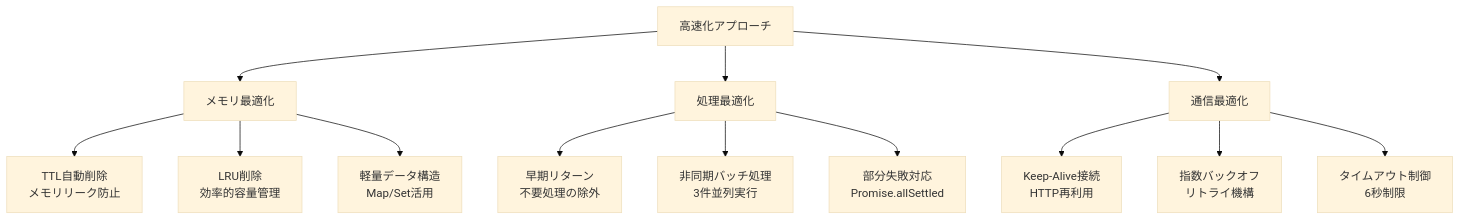
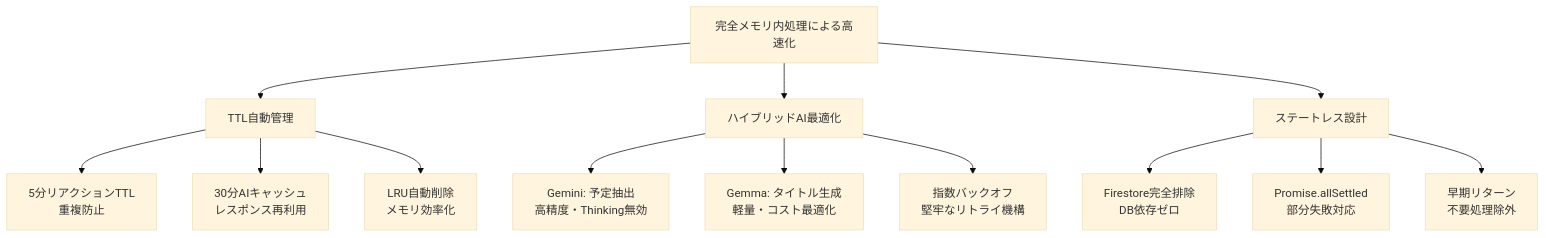
The fourth of 5 diagrams in README.md (matsuvr/calendar-slack-bot), drawn with Mermaid (base theme) before and after one commit. The commit also changed other lines of this file and 4 other files, not shown here.

Commit message:
Remove system architecture documentation for Calendar Slack Bot

````diff
--- a/README.md
+++ b/README.md
@@ -134,18 +146,18 @@
 ```mermaid
 flowchart TD
-    A[高速化アプローチ] --> B[メモリ最適化]
-    A --> C[処理最適化]
-    A --> D[通信最適化]
+    A[完全メモリ内処理による高速化] --> B[TTL自動管理]
+    A --> C[ハイブリッドAI最適化]
+    A --> D[ステートレス設計]
     
-    B --> B1[TTL自動削除<br/>メモリリーク防止]
-    B --> B2[LRU削除<br/>効率的容量管理]
-    B --> B3[軽量データ構造<br/>Map/Set活用]
+    B --> B1[5分リアクションTTL<br/>重複防止]
+    B --> B2[30分AIキャッシュ<br/>レスポンス再利用]
+    B --> B3[LRU自動削除<br/>メモリ効率化]
     
-    C --> C1[早期リターン<br/>不要処理の除外]
-    C --> C2[非同期バッチ処理<br/>3件並列実行]
-    C --> C3[部分失敗対応<br/>Promise.allSettled]
+    C --> C1[Gemini: 予定抽出<br/>高精度・Thinking無効]
+    C --> C2[Gemma: タイトル生成<br/>軽量・コスト最適化]
+    C --> C3[指数バックオフ<br/>堅牢なリトライ機構]
     
-    D --> D1[Keep-Alive接続<br/>HTTP再利用]
-    D --> D2[指数バックオフ<br/>リトライ機構]
-    D --> D3[タイムアウト制御<br/>6秒制限]
+    D --> D1[Firestore完全排除<br/>DB依存ゼロ]
+    D --> D2[Promise.allSettled<br/>部分失敗対応]
+    D --> D3[早期リターン<br/>不要処理除外]
 ```
````
